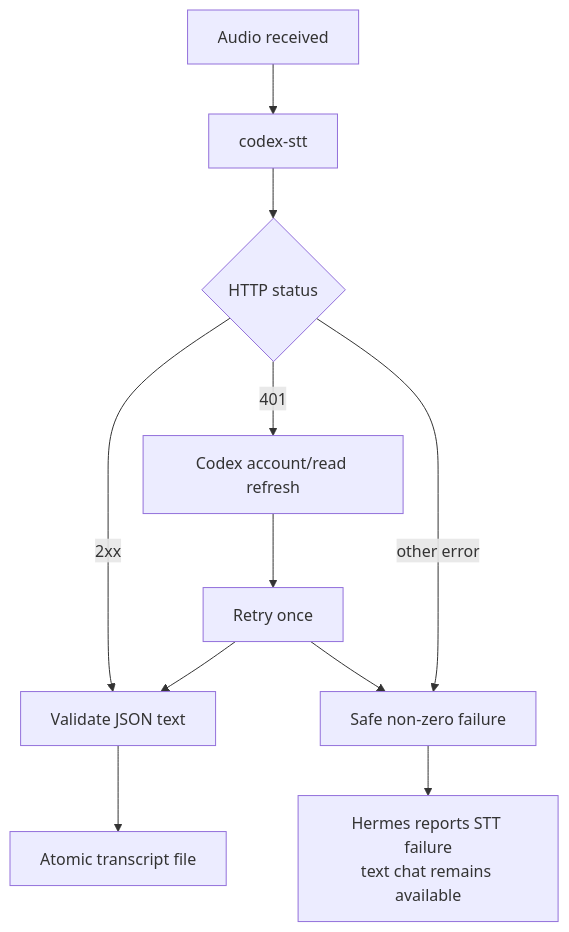
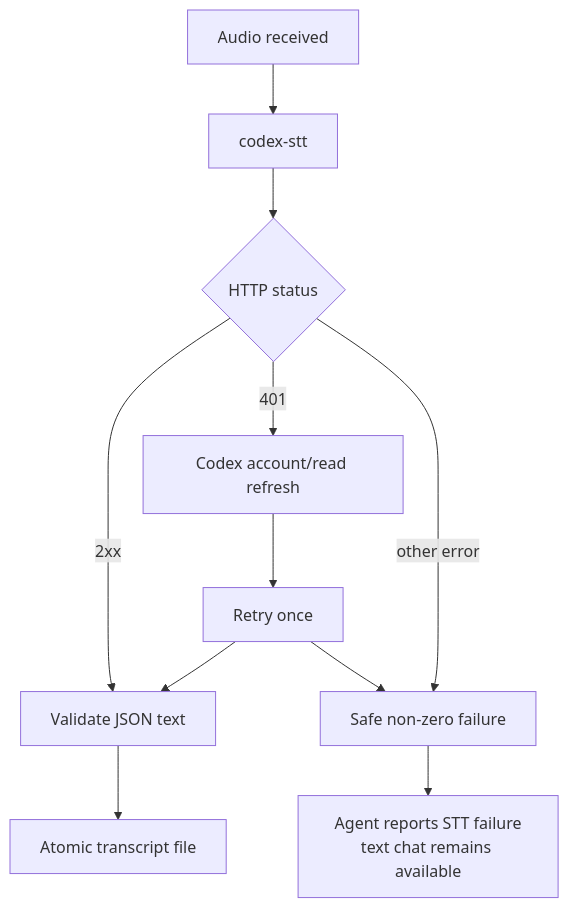
One commit to ai-babai/codex-stt-bridge changed the second of 2 diagrams in docs/ARCHITECTURE.md. Above: the diagram before and after it, drawn with Mermaid. The commit also changed other lines of this file and 26 other files, not shown here.

````diff
--- a/docs/ARCHITECTURE.md
+++ b/docs/ARCHITECTURE.md
@@ -82,13 +83,13 @@
 ```mermaid
 flowchart TD
     A["Audio received"] --> B["codex-stt"]
     B --> C{"HTTP status"}
     C -- "2xx" --> D["Validate JSON text"]
     C -- "401" --> E["Codex account/read refresh"]
     E --> F["Retry once"]
     C -- "other error" --> G["Safe non-zero failure"]
     F --> D
     F --> G
     D --> H["Atomic transcript file"]
-    G --> I["Hermes reports STT failure<br/>text chat remains available"]
+    G --> I["Agent reports STT failure<br/>text chat remains available"]
 ```
````
